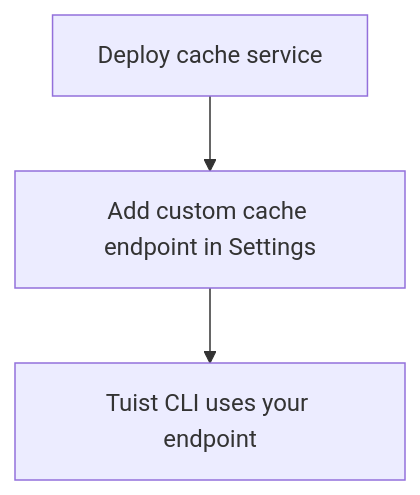
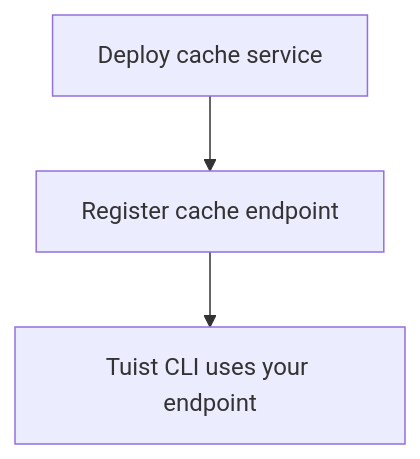
The diagram in docs/docs/en/guides/cache/self-host.md (tuist/tuist), drawn with Mermaid before and after one commit. The commit also changed other lines of this file and 5 other files, not shown here.

````diff
--- a/docs/docs/en/guides/cache/self-host.md
+++ b/docs/docs/en/guides/cache/self-host.md
@@ -117,5 +122,5 @@
 ```mermaid
 graph TD
-  A[Deploy cache service] --> B[Add custom cache endpoint in Settings]
+  A[Deploy cache service] --> B[Register cache endpoint]
   B --> C[Tuist CLI uses your endpoint]
 ```
````
